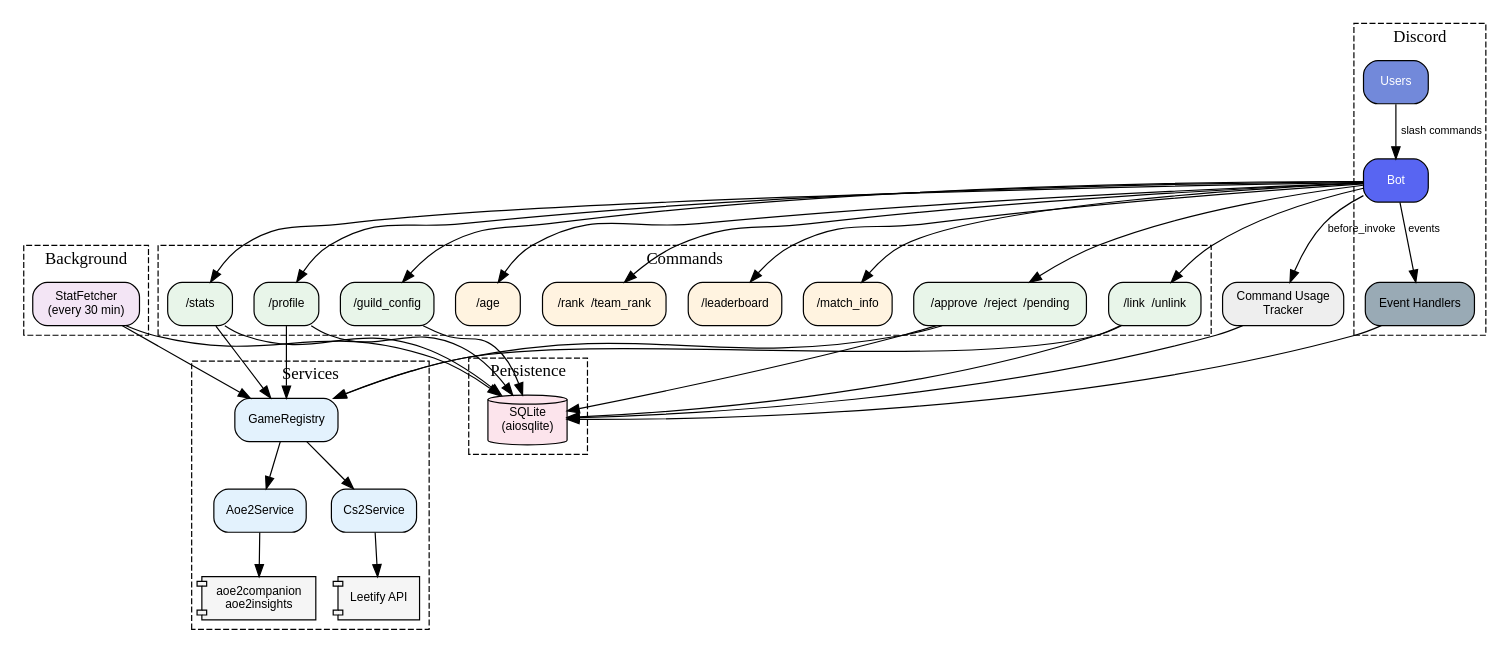
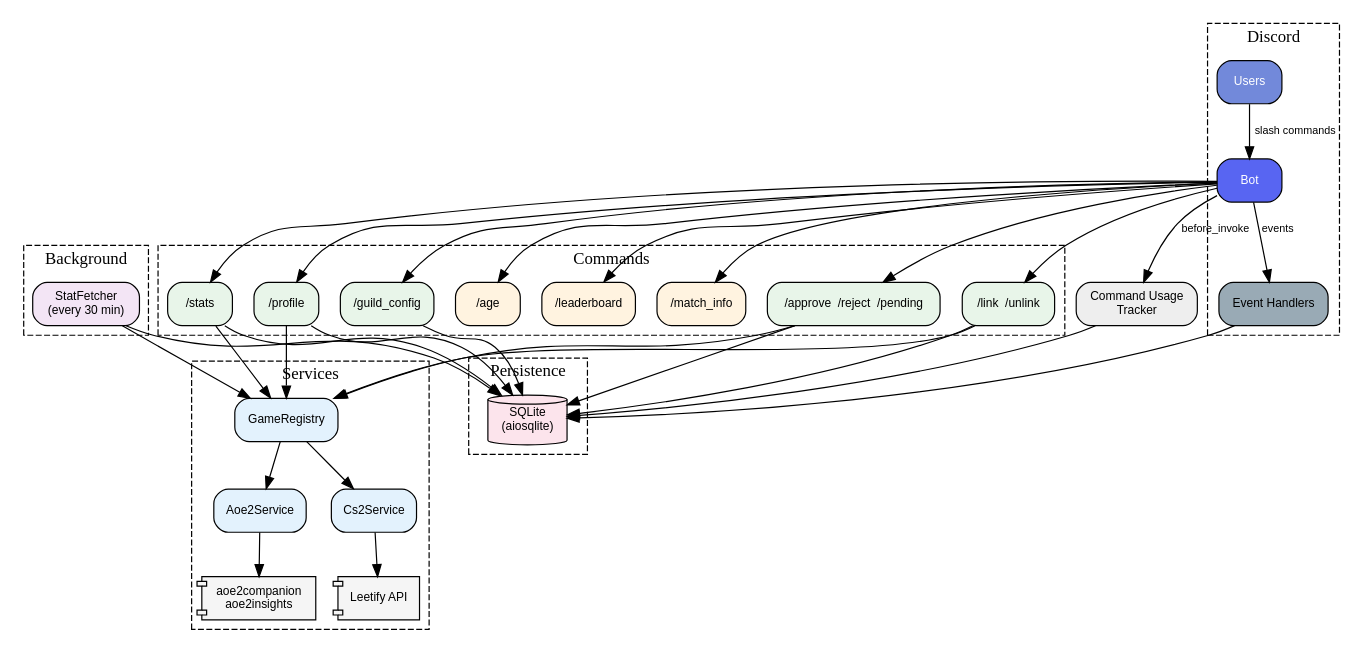
The diagram in README.md (deathm4sterz/dm4z-discord-app), drawn with Graphviz before and after one commit. The commit also changed other lines of this file and 8 other files, not shown here.

First line of the commit message:
Consolidate rank and profile into unified /profile command with game-specific embeds

````diff
--- a/README.md
+++ b/README.md
@@ -9,74 +9,73 @@
 ```dot
 digraph architecture {
     rankdir=TB
     node [shape=box style="rounded,filled" fontname="Helvetica" fontsize=10]
     edge [fontname="Helvetica" fontsize=9]
 
     subgraph cluster_discord {
         label="Discord" style=dashed
         Users [label="Users" fillcolor="#7289da" fontcolor=white]
         Bot [label="Bot" fillcolor="#5865f2" fontcolor=white]
         Events [label="Event Handlers" fillcolor="#99aab5"]
     }
 
     subgraph cluster_commands {
         label="Commands" style=dashed
         Link [label="/link  /unlink" fillcolor="#e8f5e9"]
         Approve [label="/approve  /reject  /pending" fillcolor="#e8f5e9"]
         Profile [label="/profile" fillcolor="#e8f5e9"]
         Stats [label="/stats" fillcolor="#e8f5e9"]
         GuildCfg [label="/guild_config" fillcolor="#e8f5e9"]
         Age [label="/age" fillcolor="#fff3e0"]
-        Rank [label="/rank  /team_rank" fillcolor="#fff3e0"]
         LB [label="/leaderboard" fillcolor="#fff3e0"]
         MI [label="/match_info" fillcolor="#fff3e0"]
     }
 
     subgraph cluster_services {
         label="Services" style=dashed
         Registry [label="GameRegistry" fillcolor="#e3f2fd"]
         AoE2 [label="Aoe2Service" fillcolor="#e3f2fd"]
         CS2 [label="Cs2Service" fillcolor="#e3f2fd"]
         API_AoE2 [label="aoe2companion\naoe2insights" shape=component fillcolor="#f5f5f5"]
         API_CS2 [label="Leetify API" shape=component fillcolor="#f5f5f5"]
     }
 
     subgraph cluster_persistence {
         label="Persistence" style=dashed
         DB [label="SQLite\n(aiosqlite)" shape=cylinder fillcolor="#fce4ec"]
     }
 
     subgraph cluster_background {
         label="Background" style=dashed
         StatFetcher [label="StatFetcher\n(every 30 min)" fillcolor="#f3e5f5"]
     }
 
     CmdUsage [label="Command Usage\nTracker" fillcolor="#eeeeee"]
 
     Users -> Bot [label="slash commands"]
     Bot -> Events [label="events"]
-    Bot -> {Link Approve Profile Stats GuildCfg Age Rank LB MI}
+    Bot -> {Link Approve Profile Stats GuildCfg Age LB MI}
 
     Link -> Registry
     Approve -> Registry
     Stats -> Registry
     Profile -> Registry
     Registry -> AoE2
     Registry -> CS2
     AoE2 -> API_AoE2
     CS2 -> API_CS2
 
     Link -> DB
     Approve -> DB
     Profile -> DB
     Stats -> DB
     GuildCfg -> DB
     Events -> DB
 
     StatFetcher -> Registry
     StatFetcher -> DB
 
     Bot -> CmdUsage [label="before_invoke"]
     CmdUsage -> DB
 }
 ```
````
